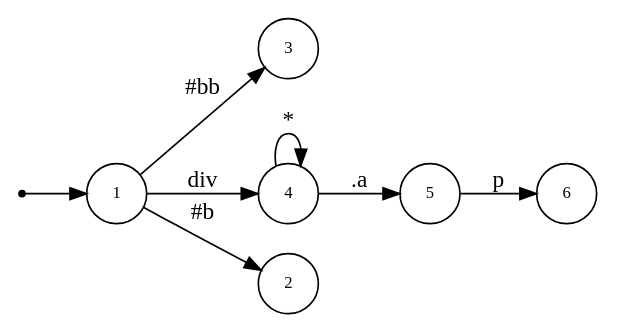
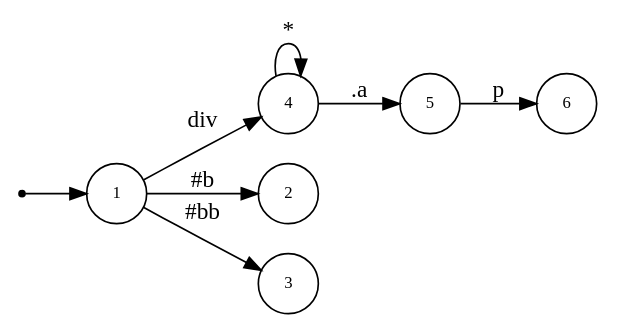
Before and after one commit to asukaminato0721/css-bitvector-compiler: the diagram in css-gen-op/testcase/dot_tri.dot, drawn with Graphviz. The commit also changed other lines of this file and 18 other files, not shown here.

```diff
--- a/css-gen-op/testcase/dot_tri.dot
+++ b/css-gen-op/testcase/dot_tri.dot
@@ -1,19 +1,19 @@
 digraph NFA {
   rankdir=LR;
   node [shape=circle, fontsize=10];
   __start [shape=point, label=""];
   __start -> 1;
+  5 [label="5"];
+  4 [label="4"];
+  6 [label="6"];
+  1 [label="1"];
+  2 [label="2"];
   3 [label="3"];
-  1 [label="1"];
-  5 [label="5"];
-  6 [label="6"];
-  4 [label="4"];
-  2 [label="2"];
   { node [shape=doublecircle]; 2 3 6 }
   1 -> 2 [label="#b"];
   1 -> 3 [label="#bb"];
   1 -> 4 [label="div"];
   4 -> 4 [label="*"];
   4 -> 5 [label=".a"];
   5 -> 6 [label="p"];
 }
```
